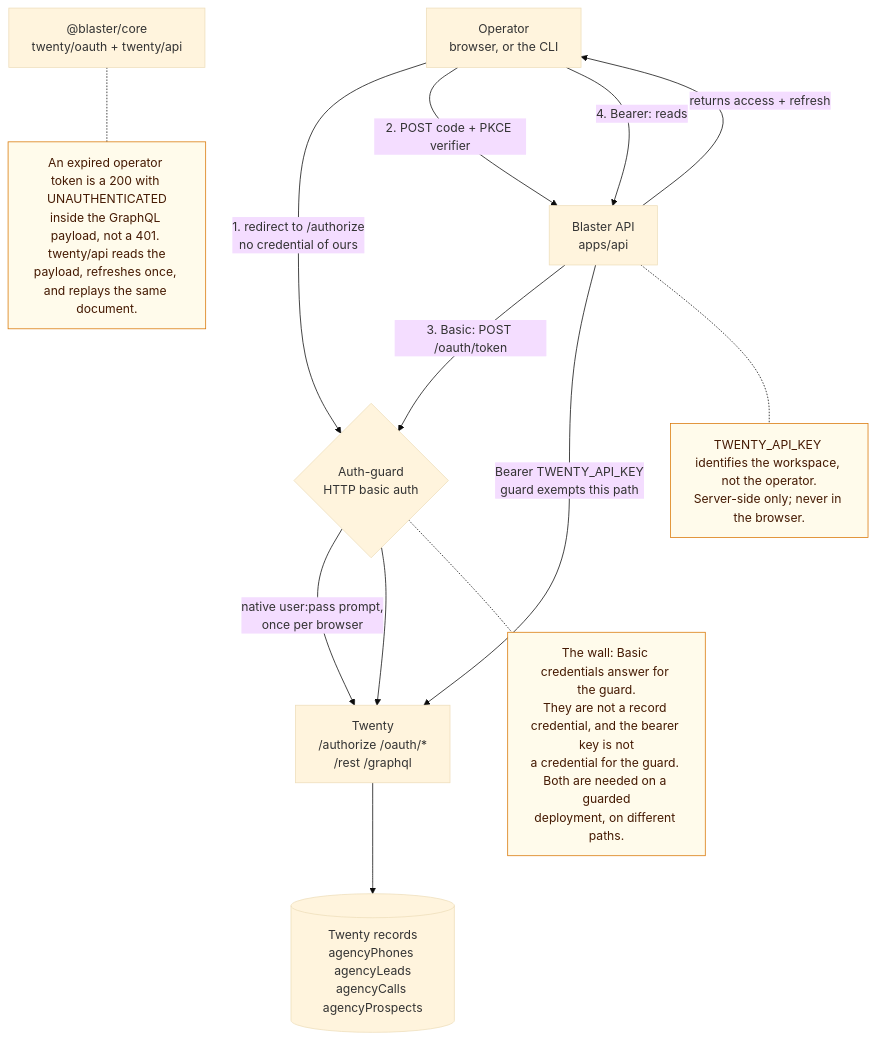
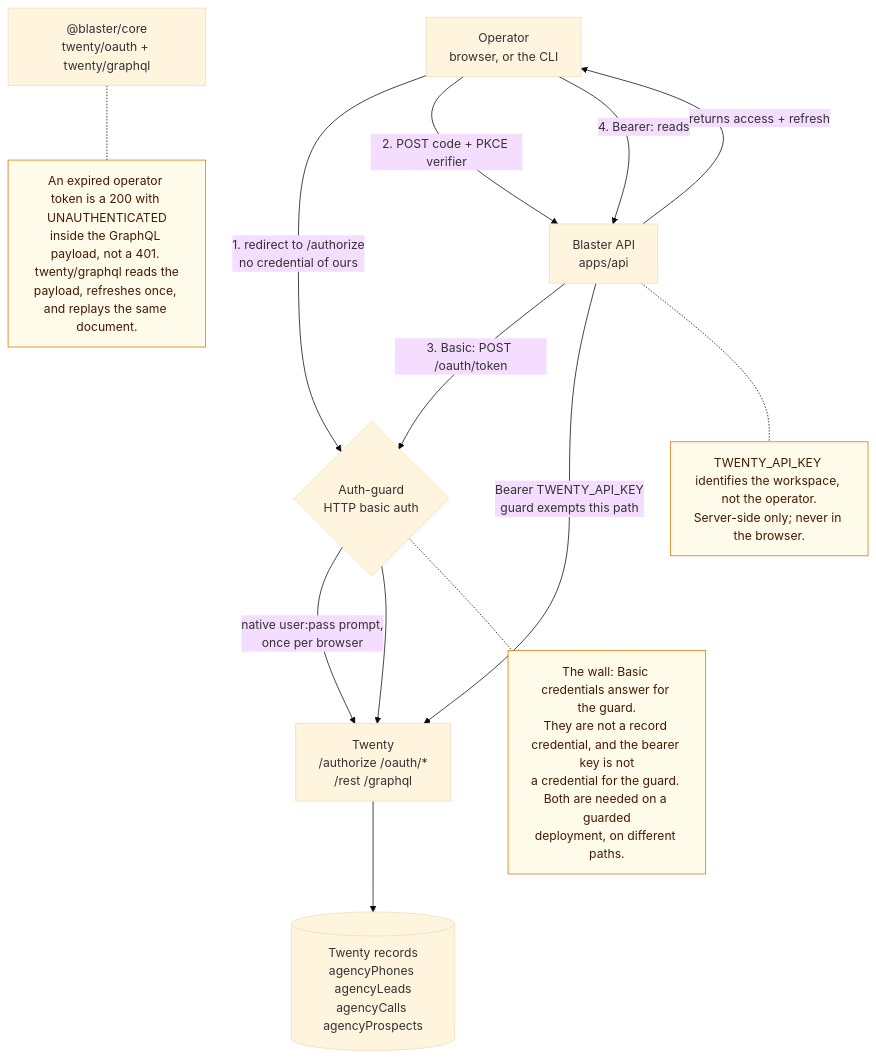
Before and after one commit to hack-lab-agentconnect/blaster: the diagram in docs/diagrams/twenty-auth-paths.mmd, drawn with Mermaid (base theme). The commit also changed 70 other files, not shown here.

```diff
--- a/docs/diagrams/twenty-auth-paths.mmd
+++ b/docs/diagrams/twenty-auth-paths.mmd
@@ -1,35 +1,35 @@
 %% Blaster - the wall in front of Twenty, and which credential opens what.
 %% A self-hosted Twenty is fronted by an auth-guard proxy that demands HTTP
 %% basic auth. It is the single most confusing part of the integration, because
 %% the bearer token and the basic credentials open different doors and neither
 %% opens all of them. This is the whole picture in one diagram.
 %% See docs/identity.md for the prose version and the failure table.
 
 flowchart TB
     operator["Operator<br/>browser, or the CLI"]
     api["Blaster API<br/>apps/api"]
-    core["@blaster/core<br/>twenty/oauth + twenty/api"]
+    core["@blaster/core<br/>twenty/oauth + twenty/graphql"]
     guard{"Auth-guard<br/>HTTP basic auth"}
     twenty["Twenty<br/>/authorize /oauth/*<br/>/rest /graphql"]
     data[("Twenty records<br/>agencyPhones agencyLeads<br/>agencyCalls agencyProspects")]
 
     operator -->|"1. redirect to /authorize<br/>no credential of ours"| guard
     guard -->|"native user:pass prompt,<br/>once per browser"| twenty
     operator -->|"2. POST code + PKCE verifier"| api
     api -->|"3. Basic: POST /oauth/token"| guard
     guard --> twenty
     api -->|"returns access + refresh"| operator
     operator -->|"4. Bearer: reads"| api
     api -->|"Bearer TWENTY_API_KEY<br/>guard exempts this path"| twenty
     twenty --> data
 
     wall["The wall: Basic credentials answer for the guard.<br/>They are not a record credential, and the bearer key is not<br/>a credential for the guard. Both are needed on a guarded<br/>deployment, on different paths."]
     bearer["TWENTY_API_KEY identifies the workspace, not the operator.<br/>Server-side only; never in the browser."]
-    refresh["An expired operator token is a 200 with UNAUTHENTICATED<br/>inside the GraphQL payload, not a 401. twenty/api reads the<br/>payload, refreshes once, and replays the same document."]
+    refresh["An expired operator token is a 200 with UNAUTHENTICATED<br/>inside the GraphQL payload, not a 401. twenty/graphql reads the<br/>payload, refreshes once, and replays the same document."]
 
     guard -.- wall
     api -.- bearer
     core -.- refresh
 
     classDef wallBox fill:#fffbeb,stroke:#d97706,color:#451a03
     class wall,bearer,refresh wallBox
```
